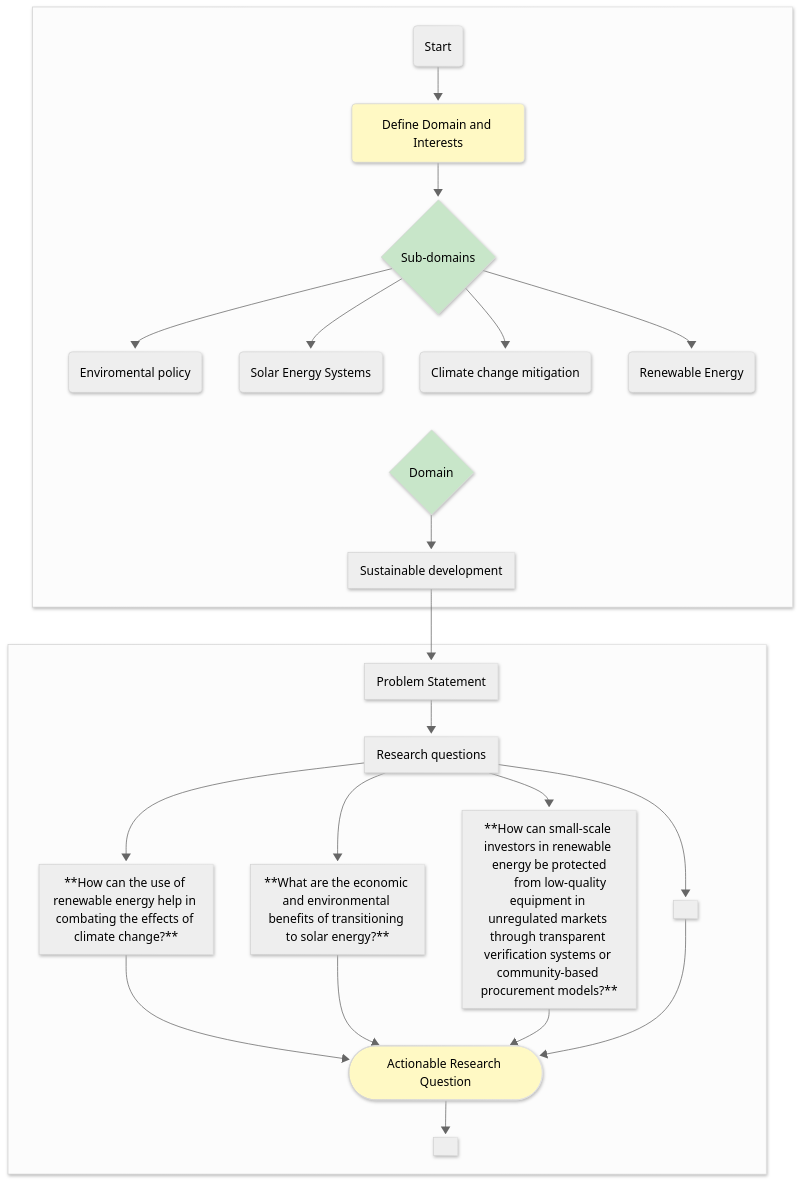
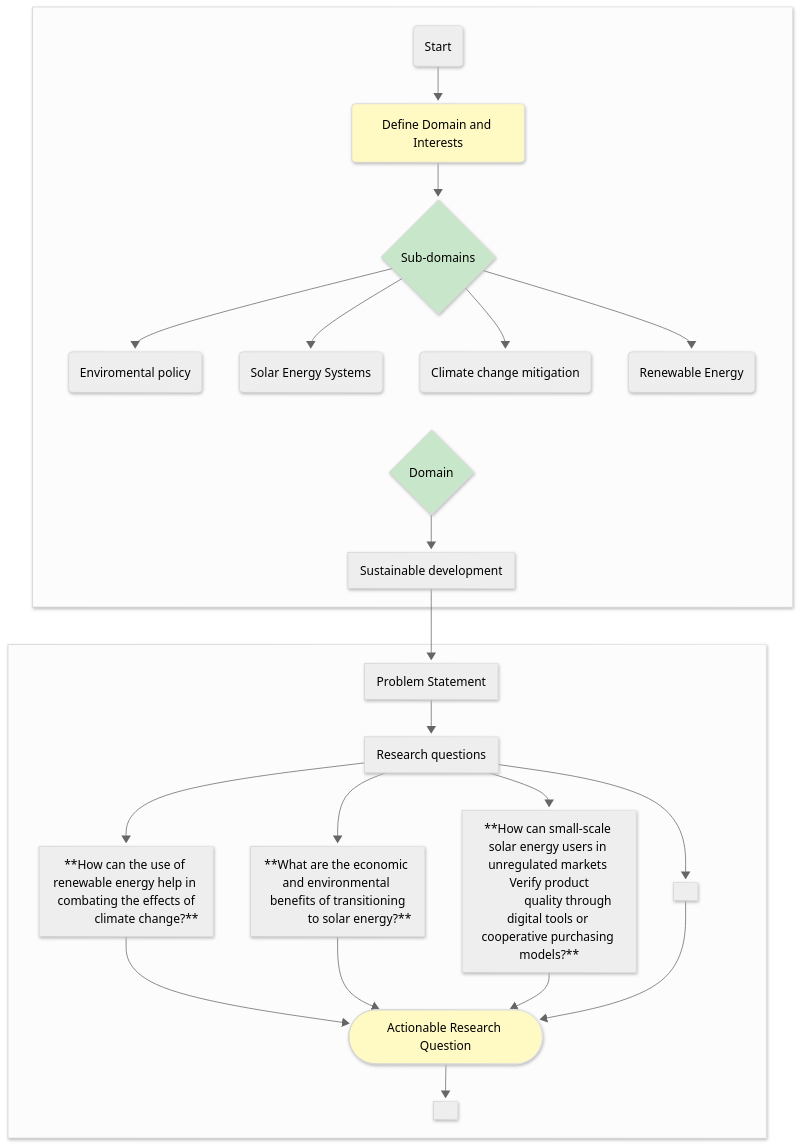
One commit to MIT-Emerging-Talent/ET6-CDSP-starter changed the diagram in 0_domain_study/progress.md. Above: the diagram before and after it, drawn with Mermaid.

````diff
--- a/0_domain_study/progress.md
+++ b/0_domain_study/progress.md
@@ -9,49 +9,51 @@
 ```mermaid
 ---
 config:
   theme: neutral
   look: neo
 ---
 flowchart TB
  subgraph s1[" "]
         B{"Sub-domains"}
         A("Define Domain and Interests")
         BA("Enviromental policy")
         BB("Solar Energy Systems")
         BC("Climate change mitigation")
         BD("Renewable Energy")
         C{"Domain"}
         D["Sustainable development"]
         nn("Start")
   end
  subgraph s[" "]
         n1["Problem Statement"]
         n2["Research questions"]
-        n3["**How can the use of renewable energy help in combating the effects of climate change?**"]
-        n31["**What are the economic and environmental benefits of transitioning to solar energy?**"]
-        n32["**How can small-scale investors in renewable energy be protected
-        from low-quality equipment in unregulated markets through transparent verification systems or community-based procurement models?**"]
+        n3["**How can the use of renewable energy help in combating the effects of
+             climate change?**"]
+        n31["**What are the economic and environmental benefits of transitioning
+              to solar energy?**"]
+        n32["**How can small-scale solar energy users in unregulated markets Verify product
+             quality through digital tools or cooperative purchasing models?**"]
         n33[" "]
         n4(["Actionable Research Question"])
         n5[" "]
   end
     A --> B
     B --> BA & BB & BC & BD
     BA ~~~ C
     BB ~~~ C
     BC ~~~ C
     BD ~~~ C
     nn --> A
     C --> D
     D --> n1
     n1 --> n2
     n2 --> n3 & n31 & n32 & n33
     n3 & n31 & n32 & n33 --> n4
     n4 --> n5
     style B fill:#C8E6C9
     style A fill:#FFF9C4
     style C fill:#C8E6C9
     style n3 color:#000000
     style n4 fill:#FFF9C4
 
 ```
````
